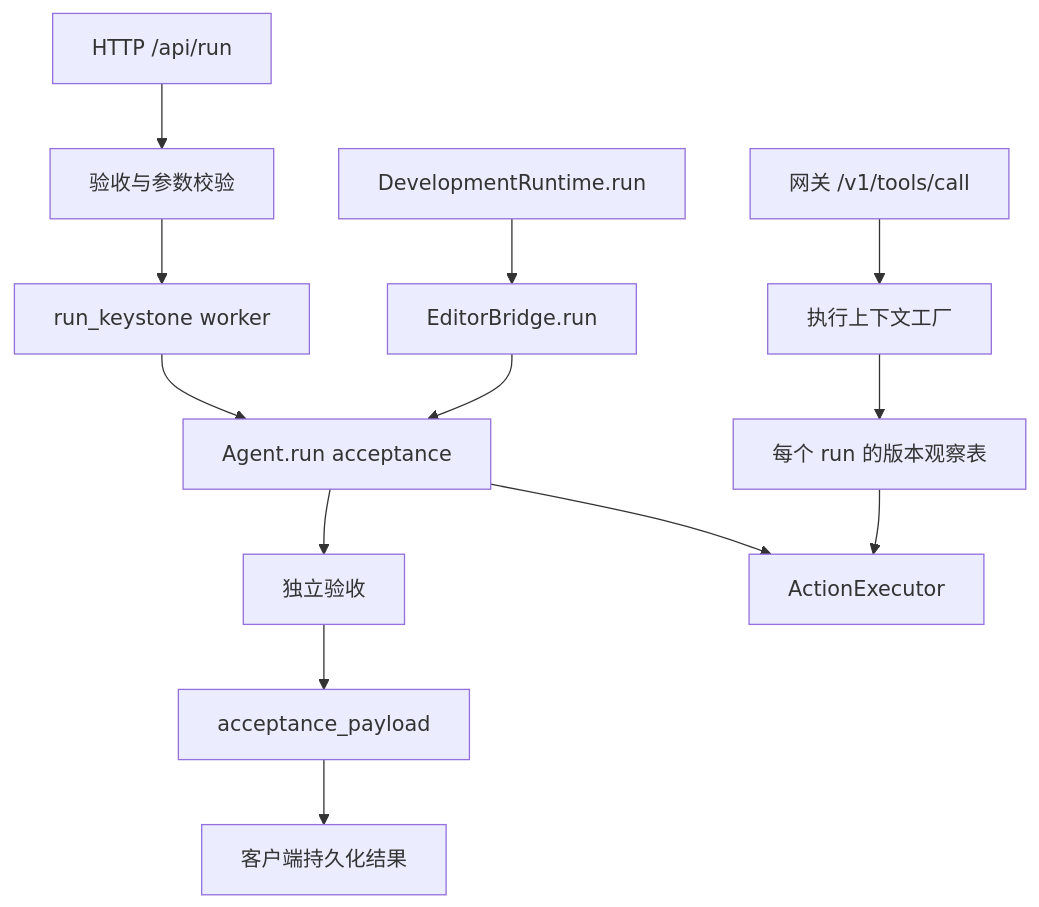
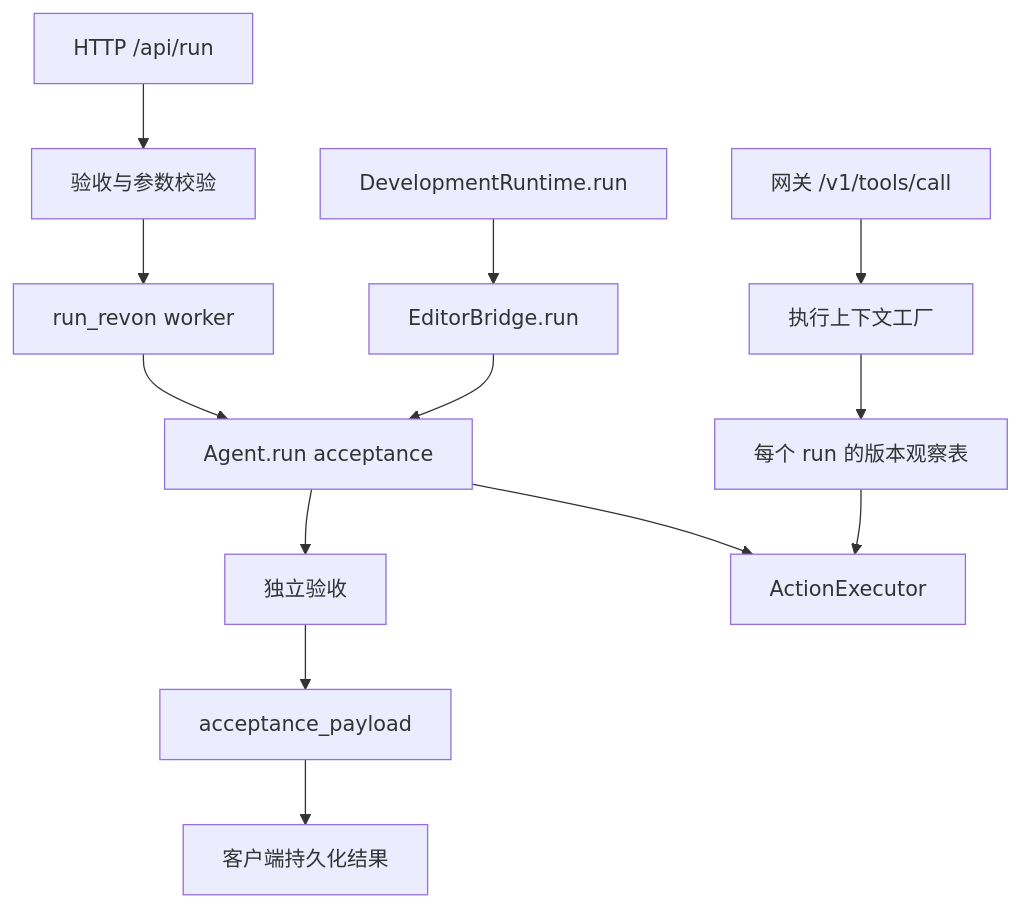
One commit to suyunpledge/pledge-evolving changed the diagram in docs/LOOM-CALL-CHAIN-AUDIT.md. Above: the diagram before and after it, drawn with Mermaid. The commit also changed 1520 other files, not shown here.

````diff
--- a/docs/LOOM-CALL-CHAIN-AUDIT.md
+++ b/docs/LOOM-CALL-CHAIN-AUDIT.md
@@ -19,15 +19,15 @@
 ```mermaid
 flowchart TD
     HTTP[HTTP /api/run] --> Validate[验收与参数校验]
-    Validate --> Worker[run_keystone worker]
+    Validate --> Worker[run_revon worker]
     Dev[DevelopmentRuntime.run] --> Editor[EditorBridge.run]
     Editor --> Agent[Agent.run acceptance]
     Worker --> Agent
     Agent --> Verify[独立验收]
     Verify --> Projection[acceptance_payload]
     Projection --> Persist[客户端持久化结果]
     Gateway[网关 /v1/tools/call] --> Context[执行上下文工厂]
     Context --> Guard[每个 run 的版本观察表]
     Guard --> Action[ActionExecutor]
     Agent --> Action
 ```
````
